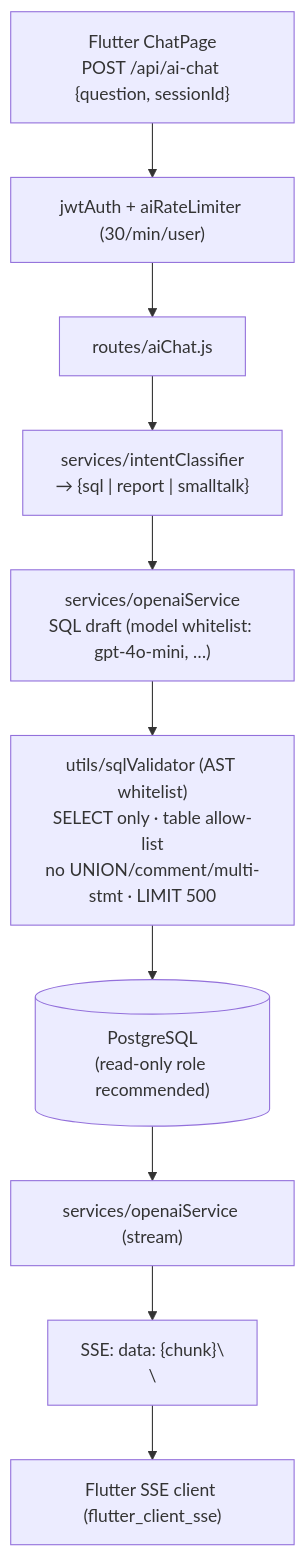
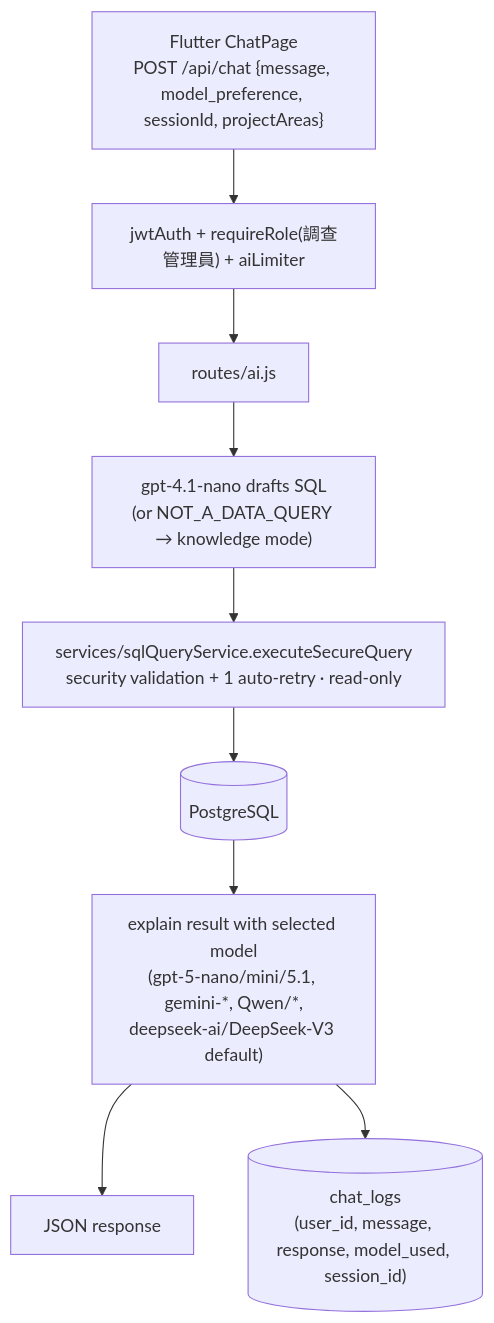
Before and after one commit to icmnlab/tree-project-backend: the fourth of 9 diagrams in README.md, drawn with Mermaid. The commit also changed other lines of this file, not shown here.

First line of the commit message:
docs(readme): correct AI chat/agent and species flow diagrams to match code

````diff
--- a/README.md
+++ b/README.md
@@ -106,14 +106,14 @@
 ```mermaid
 flowchart TB
-  cp["Flutter ChatPage<br/>POST /api/ai-chat {question, sessionId}"]
-  jw["jwtAuth + aiRateLimiter (30/min/user)"]
-  rt["routes/aiChat.js"]
-  ic["services/intentClassifier<br/>→ {sql | report | smalltalk}"]
-  os1["services/openaiService<br/>SQL draft (model whitelist: gpt-4o-mini, …)"]
-  sv["utils/sqlValidator (AST whitelist)<br/>SELECT only · table allow-list<br/>no UNION/comment/multi-stmt · LIMIT 500"]
-  db[("PostgreSQL<br/>(read-only role recommended)")]
-  os2["services/openaiService (stream)"]
-  sse["SSE: data: {chunk}\\n\\n"]
-  cli["Flutter SSE client (flutter_client_sse)"]
-  cp --> jw --> rt --> ic --> os1 --> sv --> db --> os2 --> sse --> cli
+  cp["Flutter ChatPage<br/>POST /api/chat {message, model_preference, sessionId, projectAreas}"]
+  jw["jwtAuth + requireRole(調查管理員) + aiLimiter"]
+  rt["routes/ai.js"]
+  sql["gpt-4.1-nano drafts SQL<br/>(or NOT_A_DATA_QUERY → knowledge mode)"]
+  sv["services/sqlQueryService.executeSecureQuery<br/>security validation + 1 auto-retry · read-only"]
+  db[("PostgreSQL")]
+  exp["explain result with selected model<br/>(gpt-5-nano/mini/5.1, gemini-*, Qwen/*,<br/>deepseek-ai/DeepSeek-V3 default)"]
+  log[("chat_logs<br/>(user_id, message, response, model_used, session_id)")]
+  out["JSON response"]
+  cp --> jw --> rt --> sql --> sv --> db --> exp --> out
+  exp --> log
 ```
````
